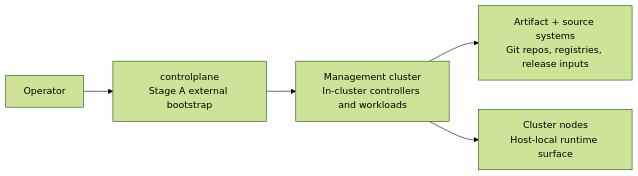
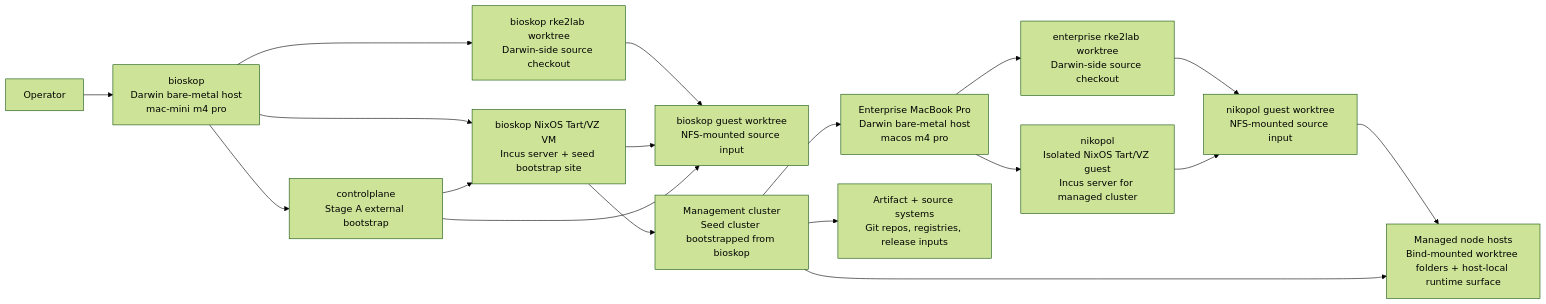
One commit to nxmatic/rke2lab changed the first of 3 diagrams in docs/post-bootstrap-in-cluster-ownership-plan.adoc. Above: the diagram before and after it, drawn with Mermaid (forest theme). The commit also changed other lines of this file, not shown here.

Commit message:
docs(architecture): ground ownership plan in host and worktree topology @codebase @copilot

```diff
--- a/docs/post-bootstrap-in-cluster-ownership-plan.adoc
+++ b/docs/post-bootstrap-in-cluster-ownership-plan.adoc
@@ -98,14 +139,35 @@
 [mermaid,post-bootstrap-ownership-context,svg]
 ----
 flowchart LR
     operator[Operator]
+    bioskop[bioskop<br/>Darwin bare-metal host<br/>mac-mini m4 pro]
+    bioskopTree[bioskop rke2lab worktree<br/>Darwin-side source checkout]
+    bioskopVm[bioskop NixOS Tart/VZ VM<br/>Incus server + seed bootstrap site]
+    bioskopNfs[bioskop guest worktree<br/>NFS-mounted source input]
     controlplane[controlplane<br/>Stage A external bootstrap]
-    cluster[Management cluster<br/>In-cluster controllers and workloads]
+    cluster[Management cluster<br/>Seed cluster bootstrapped from bioskop]
+    enterpriseHost[Enterprise MacBook Pro<br/>Darwin bare-metal host<br/>macos m4 pro]
+    enterpriseTree[enterprise rke2lab worktree<br/>Darwin-side source checkout]
+    nikopol[nikopol<br/>Isolated NixOS Tart/VZ guest<br/>Incus server for managed cluster]
+    nikopolNfs[nikopol guest worktree<br/>NFS-mounted source input]
     artifactStore[Artifact + source systems<br/>Git repos, registries, release inputs]
-    nodeHosts[Cluster nodes<br/>Host-local runtime surface]
+    nodeHosts[Managed node hosts<br/>Bind-mounted worktree folders + host-local runtime surface]
 
-    operator --> controlplane
-    controlplane --> cluster
+    operator --> bioskop
+    bioskop --> bioskopTree
+    bioskop --> bioskopVm
+    bioskopTree --> bioskopNfs
+    bioskopVm --> bioskopNfs
+    bioskop --> controlplane
+    controlplane --> bioskopVm
+    controlplane --> bioskopNfs
+    bioskopVm --> cluster
     cluster --> artifactStore
+    cluster --> enterpriseHost
+    enterpriseHost --> enterpriseTree
+    enterpriseHost --> nikopol
+    enterpriseTree --> nikopolNfs
+    nikopol --> nikopolNfs
+    nikopolNfs --> nodeHosts
     cluster --> nodeHosts
 ----
```
